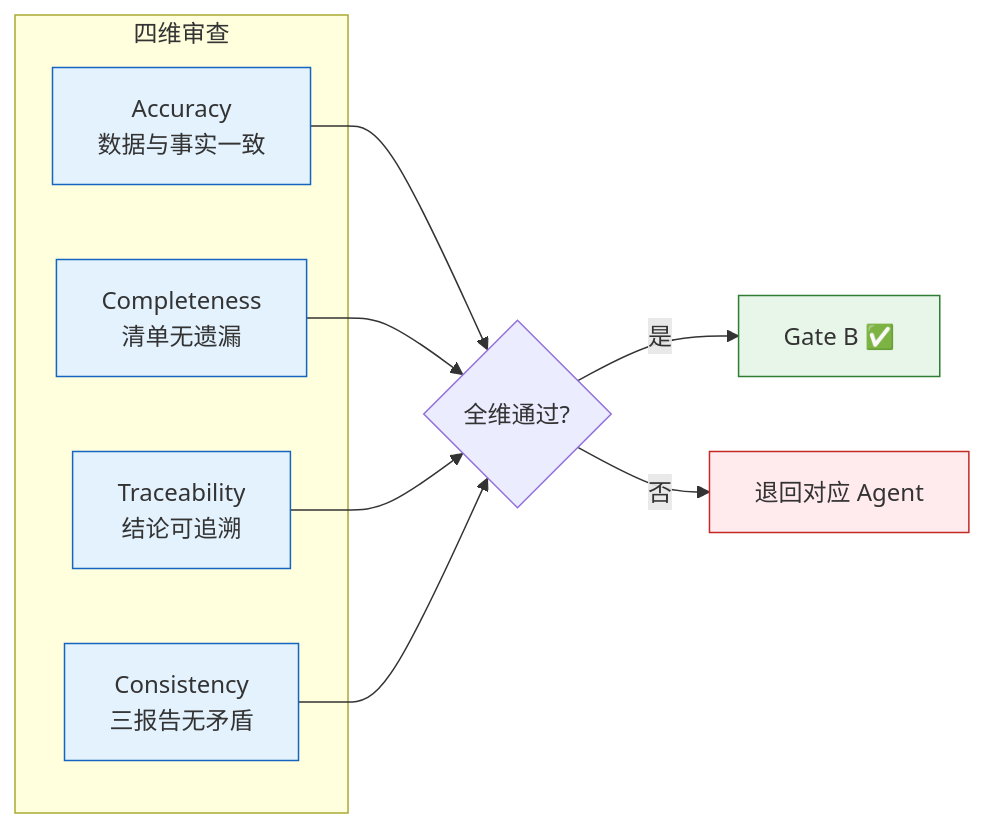
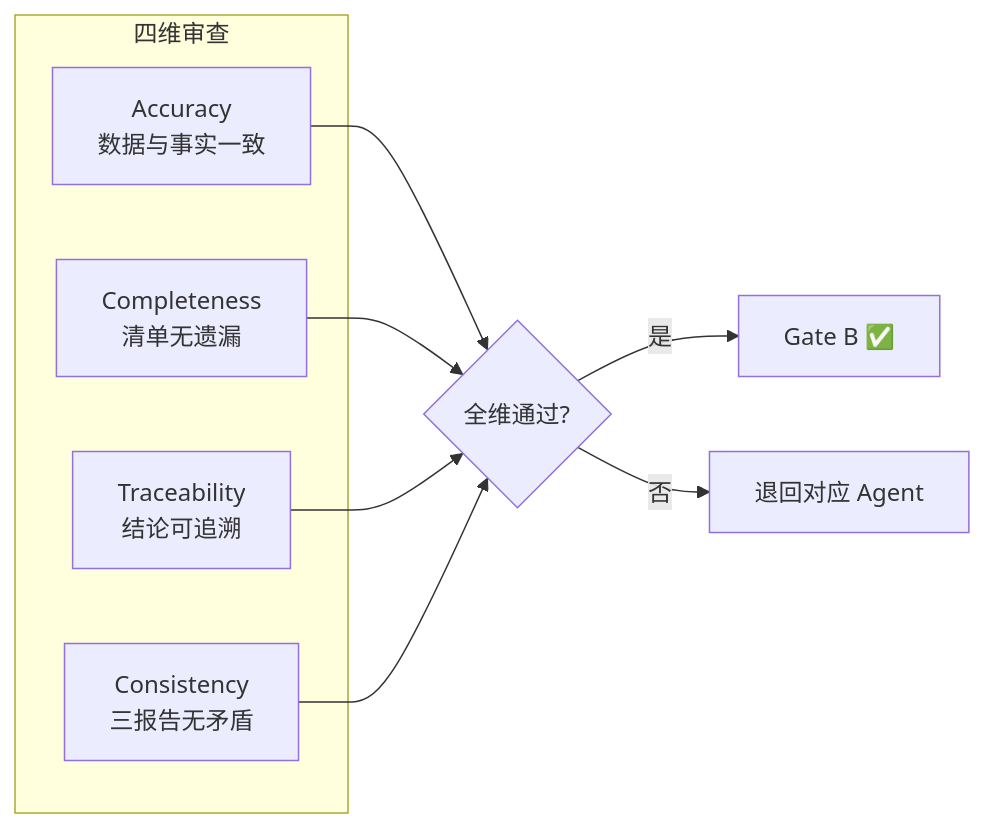
Before and after one commit to effiy/YrY: the third of 5 diagrams in agents/reporter.md, drawn with Mermaid. The commit also changed other lines of this file and 9 other files, not shown here.

````diff
--- a/agents/reporter.md
+++ b/agents/reporter.md
@@ -73,16 +68,13 @@
 ```mermaid
 flowchart LR
     subgraph 四维["四维审查"]
         A["Accuracy<br/>数据与事实一致"]:::dim
         C["Completeness<br/>清单无遗漏"]:::dim
         T["Traceability<br/>结论可追溯"]:::dim
         S["Consistency<br/>三报告无矛盾"]:::dim
     end
     A & C & T & S --> PASS{"全维通过?"}
     PASS -->|"是"| GB["Gate B ✅"]:::ok
     PASS -->|"否"| REJ["退回对应 Agent"]:::bad
 
-    classDef dim fill:#e3f2fd,stroke:#1565c0;
-    classDef ok fill:#e8f5e9,stroke:#2e7d32;
-    classDef bad fill:#ffebee,stroke:#c62828;
 ```
````
